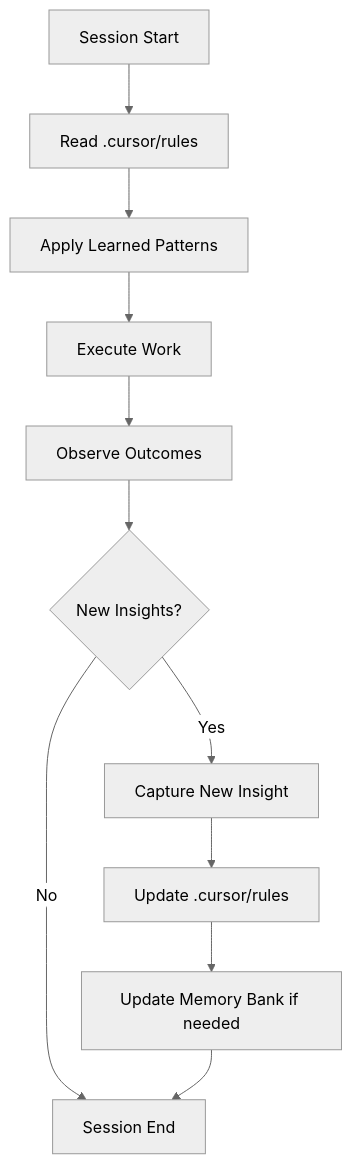
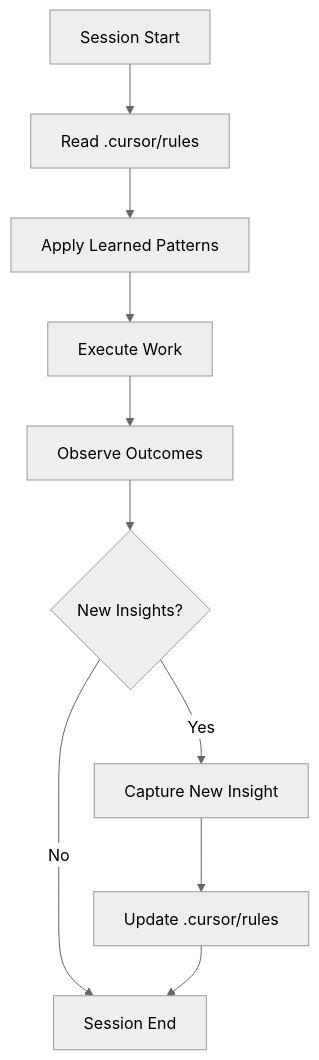
Before and after one commit to louisfghbvc/task-management-memory-system: diagram 12 of 16 in .cursor/rules/unified-workflow.md, drawn with Mermaid (neutral theme). The commit also changed other lines of this file and 1 other file, not shown here.

Commit message:
更新記憶體庫與統一工作流程文件，調整流程圖以強調記憶體庫與任務魔法的分工，並明確定義系統責任矩陣與數據流邊界。

````diff
--- a/.cursor/rules/unified-workflow.md
+++ b/.cursor/rules/unified-workflow.md
@@ -270,15 +267,14 @@
 ```mermaid
 flowchart TD
     Start[Session Start] --> ReadRules[Read .cursor/rules]
     ReadRules --> ApplyLearning[Apply Learned Patterns]
     ApplyLearning --> Work[Execute Work]
     Work --> Observe[Observe Outcomes]
     Observe --> NewInsights{New Insights?}
     
     NewInsights -->|Yes| CaptureInsight[Capture New Insight]
     NewInsights -->|No| SessionEnd[Session End]
     
     CaptureInsight --> UpdateRules[Update .cursor/rules]
-    UpdateRules --> UpdateMB[Update Memory Bank if needed]
-    UpdateMB --> SessionEnd
+    UpdateRules --> SessionEnd
 ```
````
